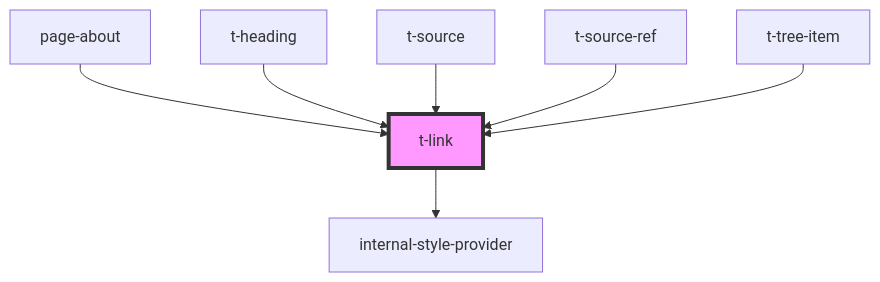
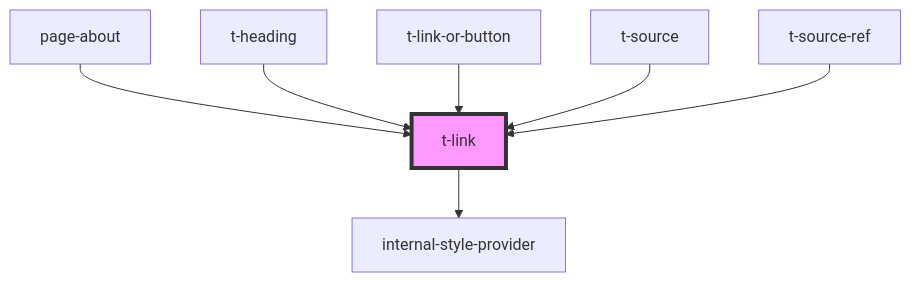
One commit to TomasEng/web-components changed the diagram in packages/t-web-components/src/components/t-link/readme.md. Above: the diagram before and after it, drawn with Mermaid. The commit also changed other lines of this file and 25 other files, not shown here.

````diff
--- a/packages/t-web-components/src/components/t-link/readme.md
+++ b/packages/t-web-components/src/components/t-link/readme.md
@@ -53,10 +60,10 @@
 ```mermaid
 graph TD;
   t-link --> internal-style-provider
   page-about --> t-link
   t-heading --> t-link
+  t-link-or-button --> t-link
   t-source --> t-link
   t-source-ref --> t-link
-  t-tree-item --> t-link
   style t-link fill:#f9f,stroke:#333,stroke-width:4px
 ```
````
